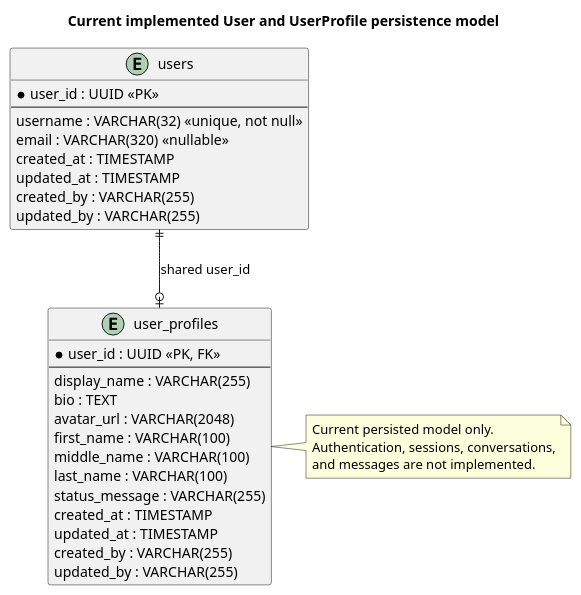
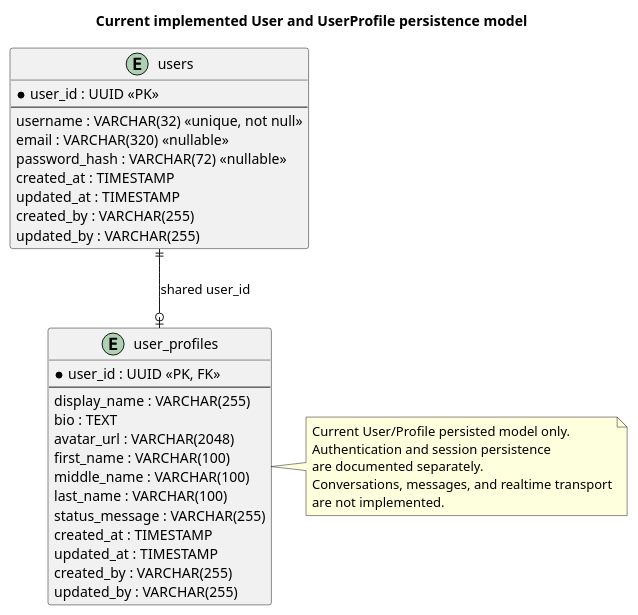
One commit to animesh0404/samvaad-server changed the diagram in docs/architecture/diagrams/current-user-profile.puml. Above: the diagram before and after it, drawn with PlantUML.

Commit message:
docs: correct user profile diagram for current persistence state

```diff
--- a/docs/architecture/diagrams/current-user-profile.puml
+++ b/docs/architecture/diagrams/current-user-profile.puml
@@ -1,37 +1,40 @@
 @startuml
 title Current implemented User and UserProfile persistence model
 
 entity users {
   * user_id : UUID <<PK>>
   --
   username : VARCHAR(32) <<unique, not null>>
   email : VARCHAR(320) <<nullable>>
+  password_hash : VARCHAR(72) <<nullable>>
   created_at : TIMESTAMP
   updated_at : TIMESTAMP
   created_by : VARCHAR(255)
   updated_by : VARCHAR(255)
 }
 
 entity user_profiles {
   * user_id : UUID <<PK, FK>>
   --
   display_name : VARCHAR(255)
   bio : TEXT
   avatar_url : VARCHAR(2048)
   first_name : VARCHAR(100)
   middle_name : VARCHAR(100)
   last_name : VARCHAR(100)
   status_message : VARCHAR(255)
   created_at : TIMESTAMP
   updated_at : TIMESTAMP
   created_by : VARCHAR(255)
   updated_by : VARCHAR(255)
 }
 
 users ||--o| user_profiles : shared user_id
 note right of user_profiles
-Current persisted model only.
-Authentication, sessions, conversations,
-and messages are not implemented.
+Current User/Profile persisted model only.
+Authentication and session persistence
+are documented separately.
+Conversations, messages, and realtime transport
+are not implemented.
 end note
 @enduml
```
